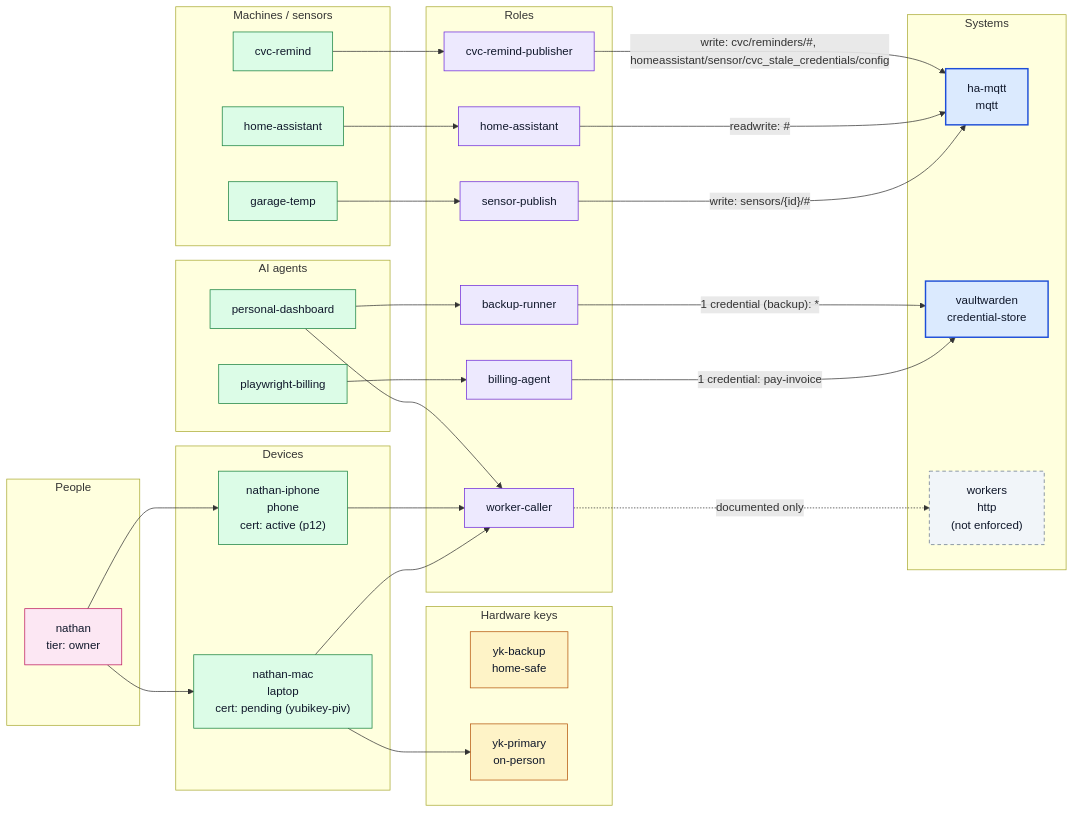
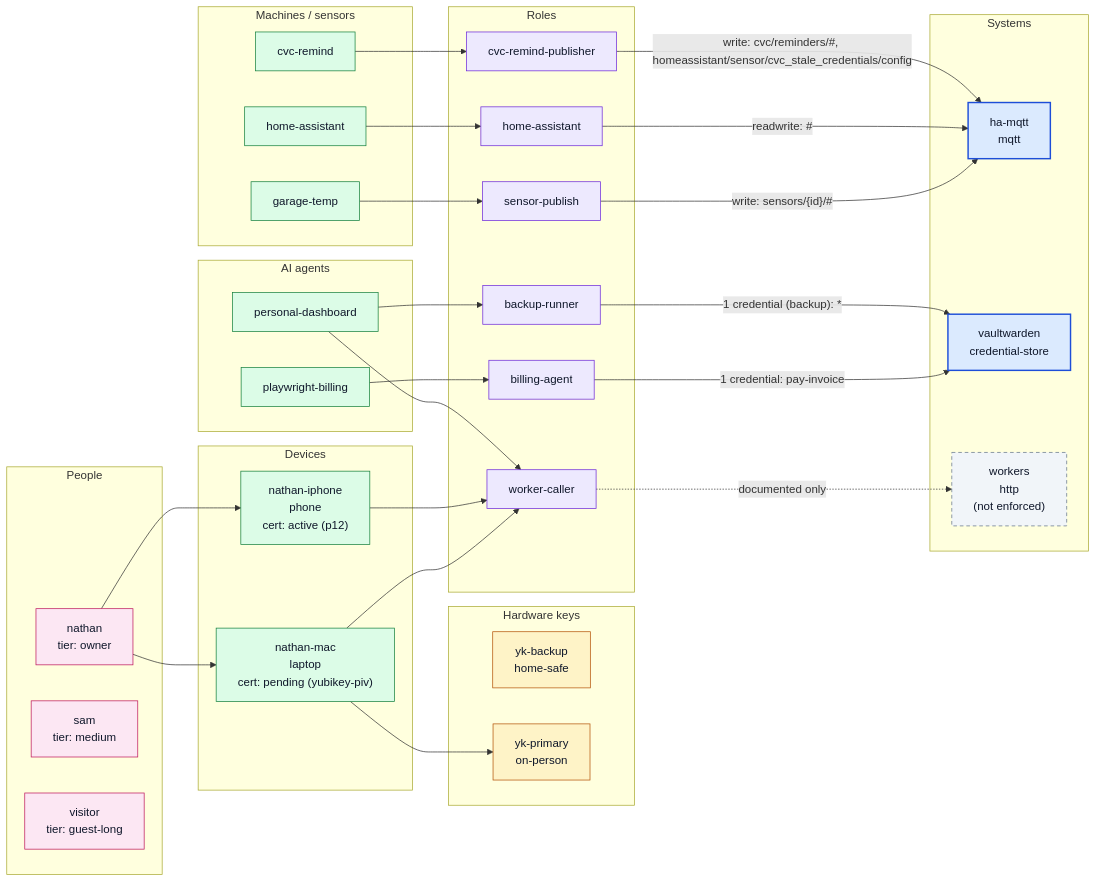
Before and after one commit to opusvar/credential_organizer: the diagram in docs/access-graph.example.md, drawn with Mermaid. The commit also changed other lines of this file and 7 other files, not shown here.

````diff
--- a/docs/access-graph.example.md
+++ b/docs/access-graph.example.md
@@ -5,68 +5,70 @@
 ```mermaid
 flowchart LR
     subgraph agents["AI agents"]
         p_personal_dashboard["personal-dashboard"]
         p_playwright_billing["playwright-billing"]
     end
     subgraph machines["Machines / sensors"]
         p_cvc_remind["cvc-remind"]
         p_garage_temp["garage-temp"]
         p_home_assistant["home-assistant"]
     end
     subgraph people["People"]
         u_nathan["nathan<br/>tier: owner"]
+        u_sam["sam<br/>tier: medium"]
+        u_visitor["visitor<br/>tier: guest-long"]
     end
     subgraph hwkeys["Hardware keys"]
         k_yk_backup["yk-backup<br/>home-safe"]
         k_yk_primary["yk-primary<br/>on-person"]
     end
     subgraph devices["Devices"]
         p_nathan_iphone["nathan-iphone<br/>phone<br/>cert: active (p12)"]
         p_nathan_mac["nathan-mac<br/>laptop<br/>cert: pending (yubikey-piv)"]
     end
     subgraph roles["Roles"]
         r_backup_runner["backup-runner"]
         r_billing_agent["billing-agent"]
         r_cvc_remind_publisher["cvc-remind-publisher"]
         r_home_assistant["home-assistant"]
         r_sensor_publish["sensor-publish"]
         r_worker_caller["worker-caller"]
     end
     subgraph systems["Systems"]
         s_ha_mqtt["ha-mqtt<br/>mqtt"]
         s_vaultwarden["vaultwarden<br/>credential-store"]
         s_workers["workers<br/>http<br/>(not enforced)"]
     end
     u_nathan --> p_nathan_iphone
     u_nathan --> p_nathan_mac
     p_nathan_mac --> k_yk_primary
     p_personal_dashboard --> r_backup_runner
     p_personal_dashboard --> r_worker_caller
     p_playwright_billing --> r_billing_agent
     p_cvc_remind --> r_cvc_remind_publisher
     p_garage_temp --> r_sensor_publish
     p_home_assistant --> r_home_assistant
     p_nathan_iphone --> r_worker_caller
     p_nathan_mac --> r_worker_caller
     r_backup_runner -->|"1 credential #40;backup#41;: *"| s_vaultwarden
     r_billing_agent -->|"1 credential: pay-invoice"| s_vaultwarden
     r_cvc_remind_publisher -->|"write: cvc/reminders/#35;, homeassistant/sensor/cvc_stale_credentials/config"| s_ha_mqtt
     r_home_assistant -->|"readwrite: #35;"| s_ha_mqtt
     r_sensor_publish -->|"write: sensors/#123;id#125;/#35;"| s_ha_mqtt
     r_worker_caller -.->|"documented only"| s_workers
     classDef enforced fill:#dbeafe,stroke:#1d4ed8,color:#0f172a,stroke-width:2px
     classDef unenforced fill:#f1f5f9,stroke:#64748b,color:#0f172a,stroke-dasharray:5 4
     classDef role fill:#ede9fe,stroke:#6d28d9,color:#0f172a
     classDef orphan fill:#fef9c3,stroke:#a16207,color:#0f172a,stroke-dasharray:2 3
     classDef principal fill:#dcfce7,stroke:#15803d,color:#0f172a
     classDef expired fill:#e5e7eb,stroke:#9ca3af,color:#6b7280,stroke-dasharray:3 3
     classDef person fill:#fce7f3,stroke:#be185d,color:#0f172a
     classDef hwkey fill:#fef3c7,stroke:#b45309,color:#0f172a
     classDef soon fill:#fed7aa,stroke:#c2410c,color:#0f172a,stroke-width:2px
     class s_ha_mqtt,s_vaultwarden enforced
     class k_yk_backup,k_yk_primary hwkey
-    class u_nathan person
+    class u_nathan,u_sam,u_visitor person
     class p_personal_dashboard,p_playwright_billing,p_cvc_remind,p_garage_temp,p_home_assistant,p_nathan_iphone,p_nathan_mac principal
     class r_backup_runner,r_billing_agent,r_cvc_remind_publisher,r_home_assistant,r_sensor_publish,r_worker_caller role
     class s_workers unenforced
 ```
````
